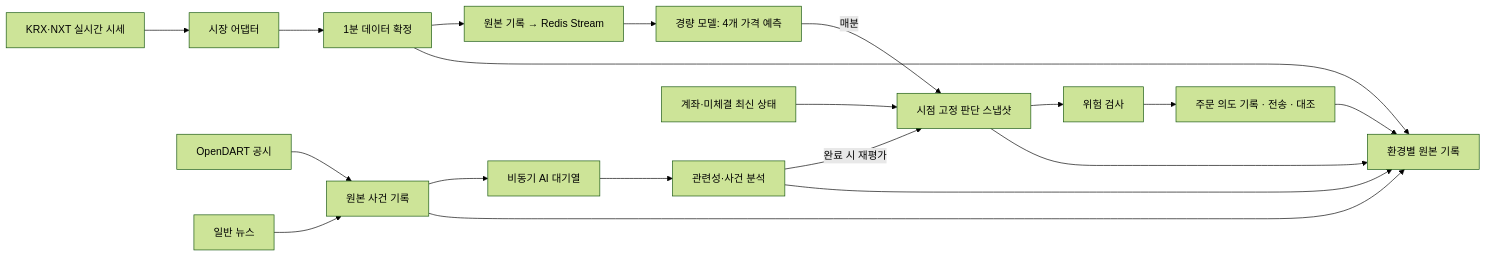
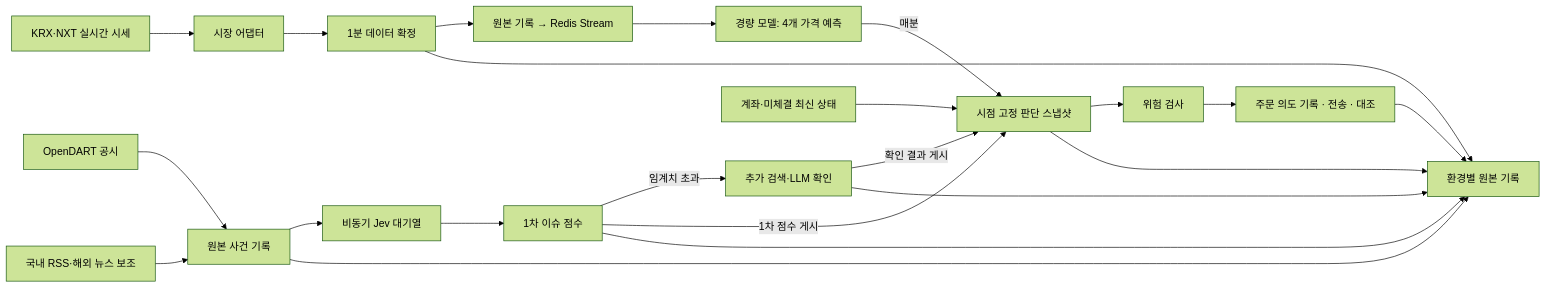
Before and after one commit to ShinYEB/Auto-helm: the second of 3 diagrams in docs/hld/HLD.md, drawn with Mermaid (forest theme). The commit also changed other lines of this file and 3 other files, not shown here.

````diff
--- a/docs/hld/HLD.md
+++ b/docs/hld/HLD.md
@@ -151,21 +153,24 @@
 ```mermaid
 flowchart LR
     T["KRX·NXT 실시간 시세"] --> M["시장 어댑터"]
     M --> BAR["1분 데이터 확정"]
     BAR --> R["원본 기록 → Redis Stream"]
     R --> PRED["경량 모델: 4개 가격 예측"]
     D["OpenDART 공시"] --> E["원본 사건 기록"]
-    N["일반 뉴스"] --> E
-    E --> Q["비동기 AI 대기열"]
-    Q --> AI["관련성·사건 분석"]
+    N["국내 RSS·해외 뉴스 보조"] --> E
+    E --> Q["비동기 Jev 대기열"]
+    Q --> AI["1차 이슈 점수"]
+    AI -->|"임계치 초과"| S["추가 검색·LLM 확인"]
     PRED -- "매분" --> SNAP["시점 고정 판단 스냅샷"]
-    AI -- "완료 시 재평가" --> SNAP
+    AI -- "1차 점수 게시" --> SNAP
+    S -- "확인 결과 게시" --> SNAP
     ACCOUNT["계좌·미체결 최신 상태"] --> SNAP
     SNAP --> GATE["위험 검사"]
     GATE --> ORDER["주문 의도 기록 · 전송 · 대조"]
     BAR --> LOG["환경별 원본 기록"]
     E --> LOG
     AI --> LOG
+    S --> LOG
     SNAP --> LOG
     ORDER --> LOG
 ```
````
